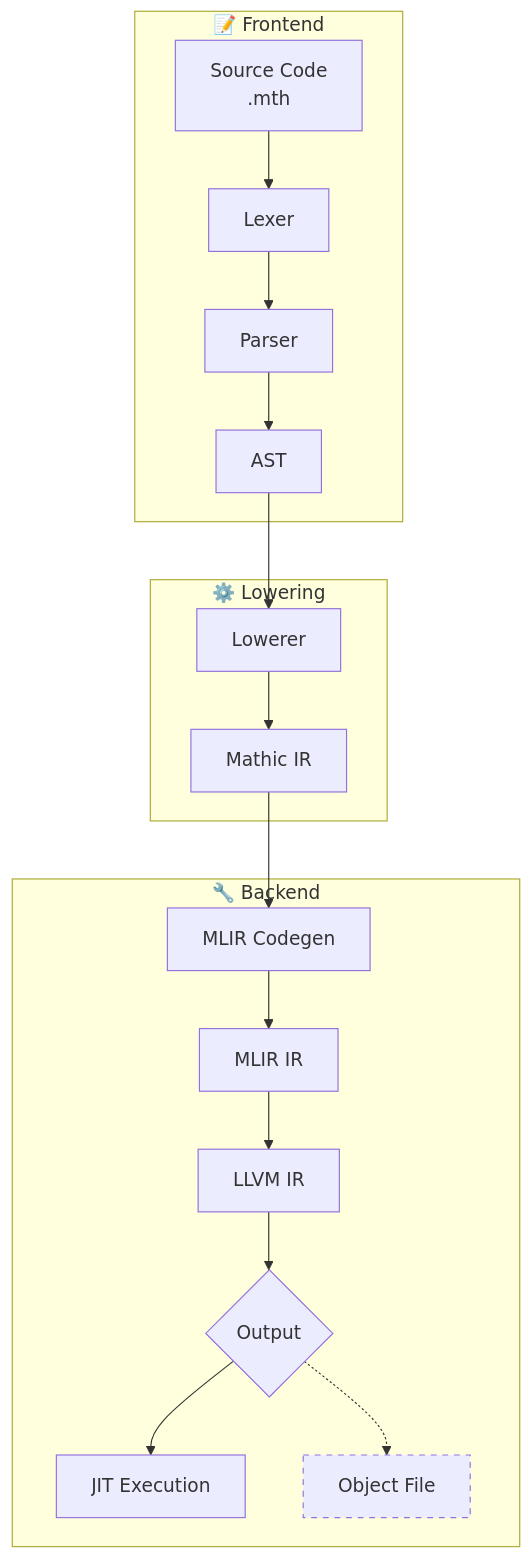
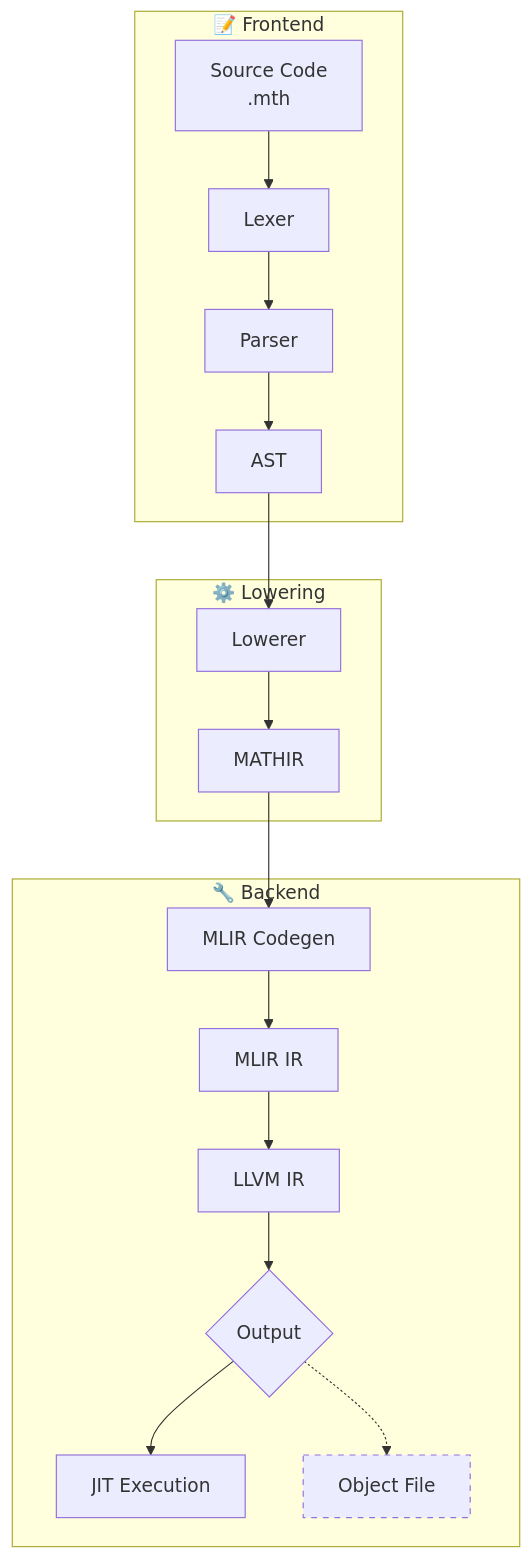
Before and after one commit to FrancoGiachetta/mathic: the diagram in README.md, drawn with Mermaid. The commit also changed other lines of this file and 6 other files, not shown here.

````diff
--- a/README.md
+++ b/README.md
@@ -121,26 +121,26 @@
 ```mermaid
 flowchart TD
     subgraph Frontend["📝 Frontend"]
         Source[Source Code<br/>.mth]
         Lexer[Lexer]
         Parser[Parser]
         AST[AST]
         Source --> Lexer --> Parser --> AST
     end
 
     subgraph Lowering["⚙️ Lowering"]
         AST --> Lowerer[Lowerer]
-        Lowerer --> IR[Mathic IR]
+        Lowerer --> IR[MATHIR]
     end
 
     subgraph Backend["🔧 Backend"]
         IR --> Codegen[MLIR Codegen]
         Codegen --> MLIR[MLIR IR]
         MLIR --> LLVM[LLVM IR]
         LLVM --> Output{Output}
         Output --> JIT[JIT Execution]
         Output -.-> OBJ[Object File]
     end
 
     style OBJ stroke-dasharray: 5 5
 ```
````
